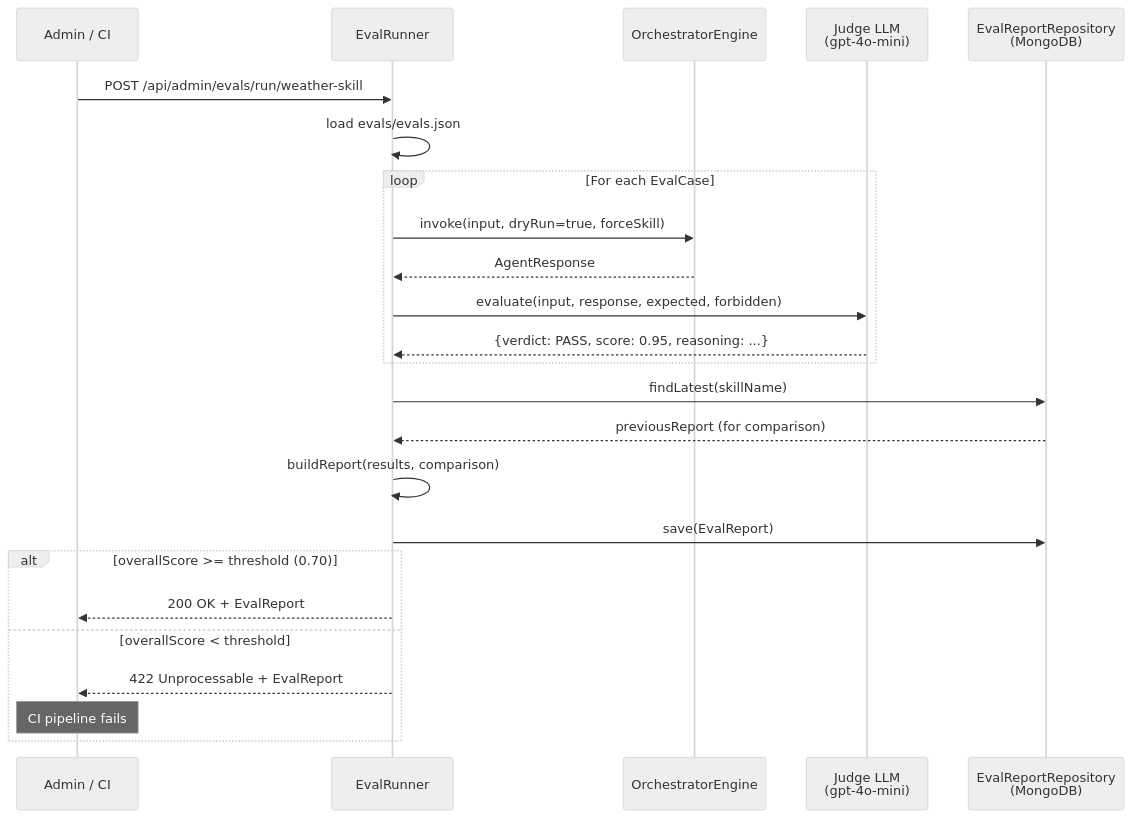
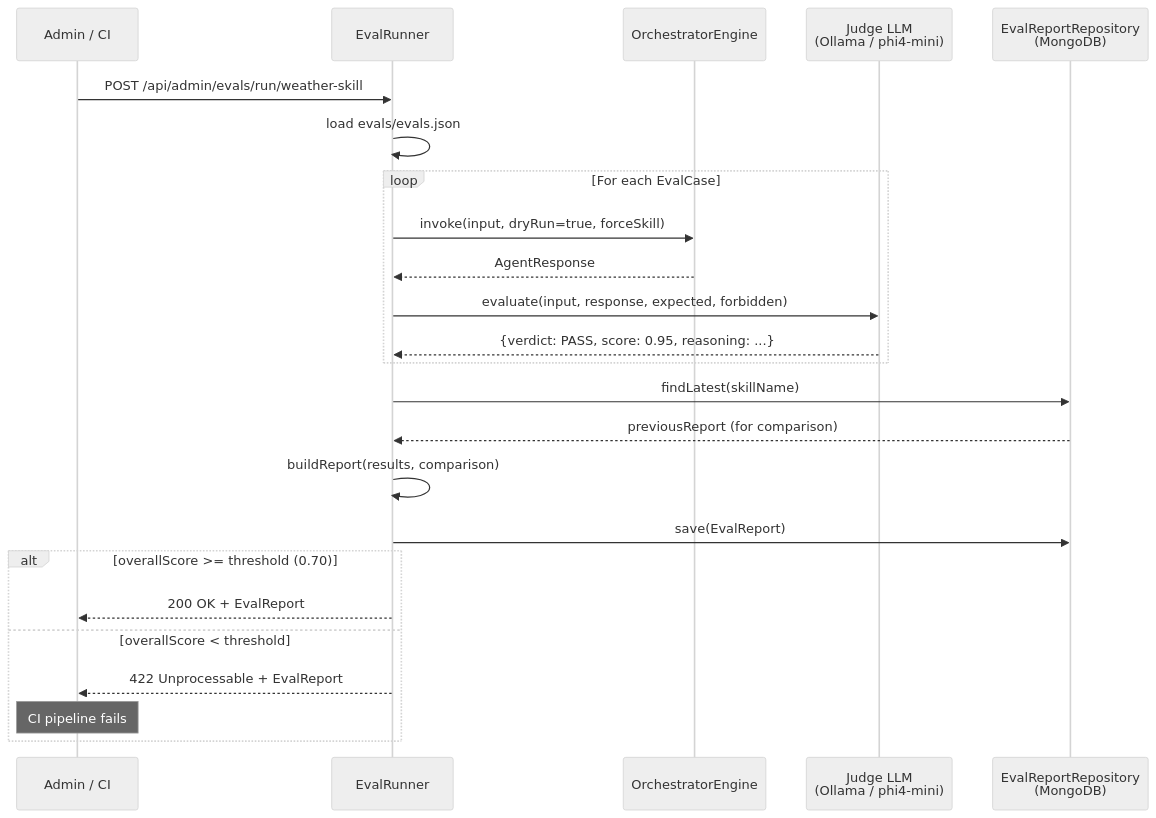
The seventh of 8 diagrams in docs/architecture-diagrams.md (GiskardB/gargantua), drawn with Mermaid (neutral theme) before and after one commit. The commit also changed other lines of this file and 4 other files, not shown here.

First line of the commit message:
docs: add feature overview diagram + fix docs accuracy

````diff
--- a/docs/architecture-diagrams.md
+++ b/docs/architecture-diagrams.md
@@ -267,32 +267,32 @@
 ```mermaid
 sequenceDiagram
     participant Admin as Admin / CI
     participant Runner as EvalRunner
     participant Engine as OrchestratorEngine
-    participant Judge as Judge LLM<br/>(gpt-4o-mini)
+    participant Judge as Judge LLM<br/>(Ollama / phi4-mini)
     participant Repo as EvalReportRepository<br/>(MongoDB)
 
     Admin->>Runner: POST /api/admin/evals/run/weather-skill
     Runner->>Runner: load evals/evals.json
 
     loop For each EvalCase
         Runner->>Engine: invoke(input, dryRun=true, forceSkill)
         Engine-->>Runner: AgentResponse
 
         Runner->>Judge: evaluate(input, response, expected, forbidden)
         Judge-->>Runner: {verdict: PASS, score: 0.95, reasoning: ...}
     end
 
     Runner->>Repo: findLatest(skillName)
     Repo-->>Runner: previousReport (for comparison)
 
     Runner->>Runner: buildReport(results, comparison)
     Runner->>Repo: save(EvalReport)
 
     alt overallScore >= threshold (0.70)
         Runner-->>Admin: 200 OK + EvalReport
     else overallScore < threshold
         Runner-->>Admin: 422 Unprocessable + EvalReport
         Note over Admin: CI pipeline fails
     end
 ```
````
